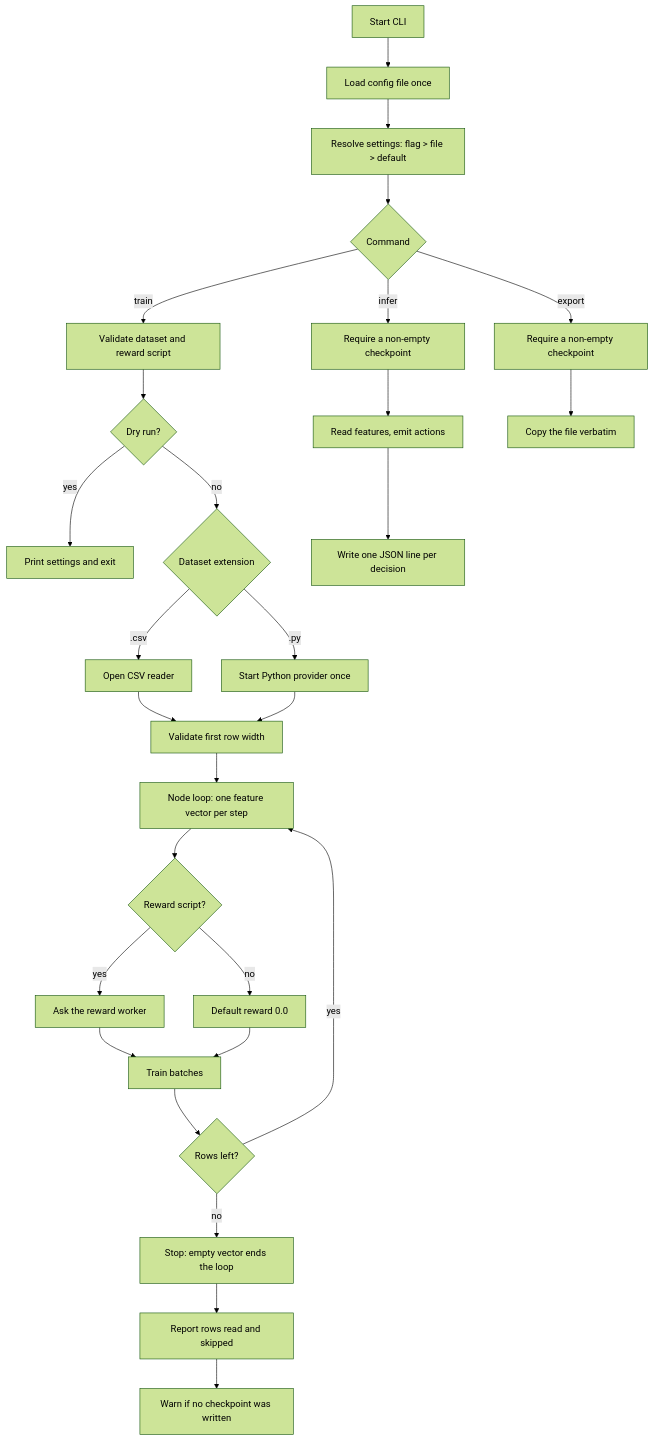
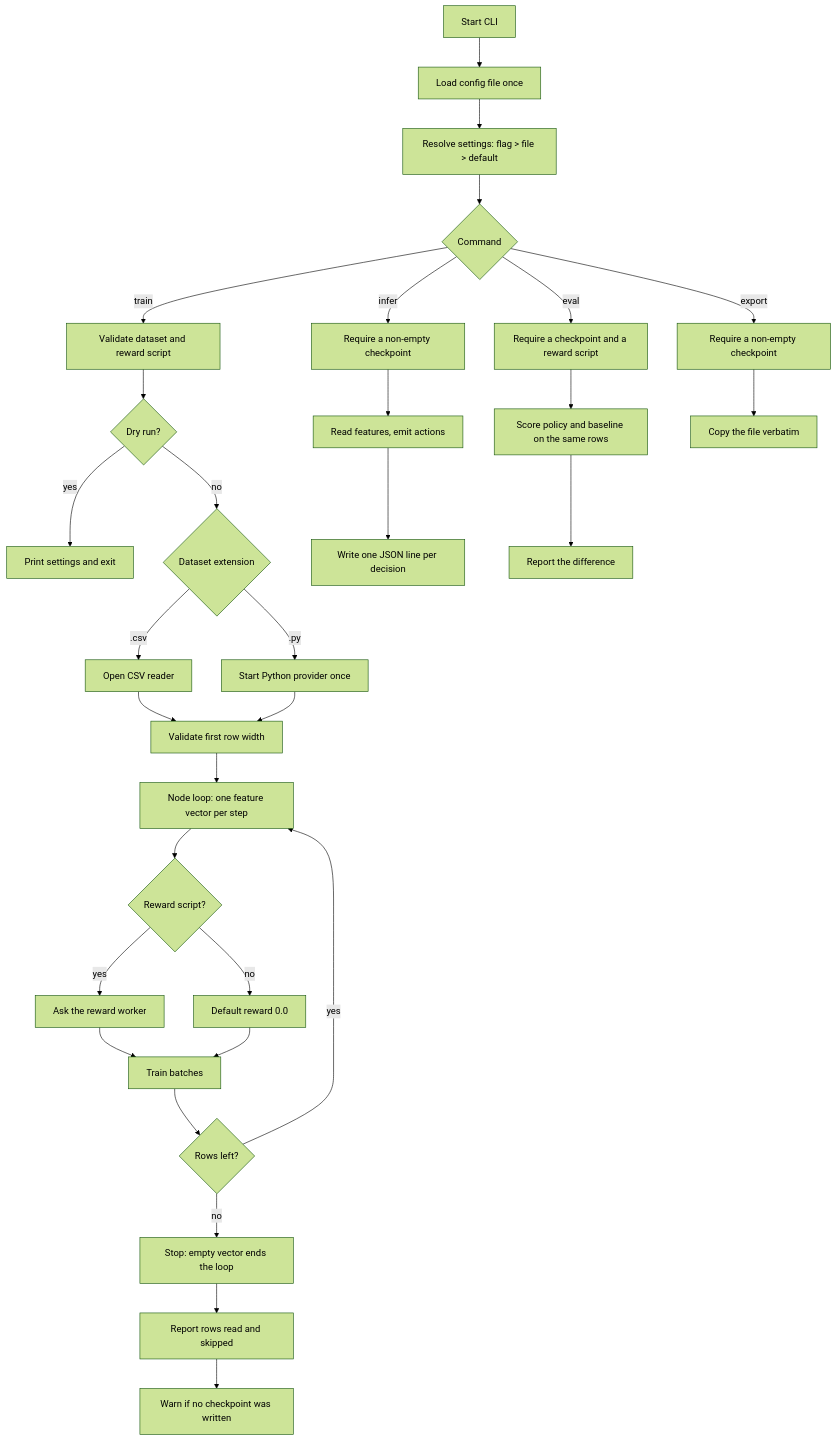
The diagram in docs/cli_workflow.md (ali-heidari/RLT-CLI), drawn with Mermaid (forest theme) before and after one commit. The commit also changed other lines of this file and 8 other files, not shown here.

````diff
--- a/docs/cli_workflow.md
+++ b/docs/cli_workflow.md
@@ -7,33 +7,37 @@
 ```mermaid
 flowchart TD
     A[Start CLI] --> B[Load config file once]
     B --> C[Resolve settings: flag > file > default]
     C --> D{Command}
 
     D --> |train| E[Validate dataset and reward script]
     E --> F{Dry run?}
     F --> |yes| G[Print settings and exit]
     F --> |no| H{Dataset extension}
     H --> |.csv| I[Open CSV reader]
     H --> |.py| J[Start Python provider once]
     I --> K[Validate first row width]
     J --> K
     K --> L[Node loop: one feature vector per step]
     L --> M{Reward script?}
     M --> |yes| N[Ask the reward worker]
     M --> |no| O[Default reward 0.0]
     N --> P[Train batches]
     O --> P
     P --> Q{Rows left?}
     Q --> |yes| L
     Q --> |no| R[Stop: empty vector ends the loop]
     R --> S[Report rows read and skipped]
     S --> T[Warn if no checkpoint was written]
 
     D --> |infer| U[Require a non-empty checkpoint]
     U --> V[Read features, emit actions]
     V --> V2[Write one JSON line per decision]
 
+    D --> |eval| Y[Require a checkpoint and a reward script]
+    Y --> Z[Score policy and baseline on the same rows]
+    Z --> Z2[Report the difference]
+
     D --> |export| W[Require a non-empty checkpoint]
     W --> X[Copy the file verbatim]
 ```
````
